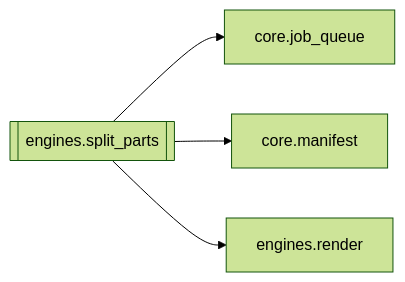
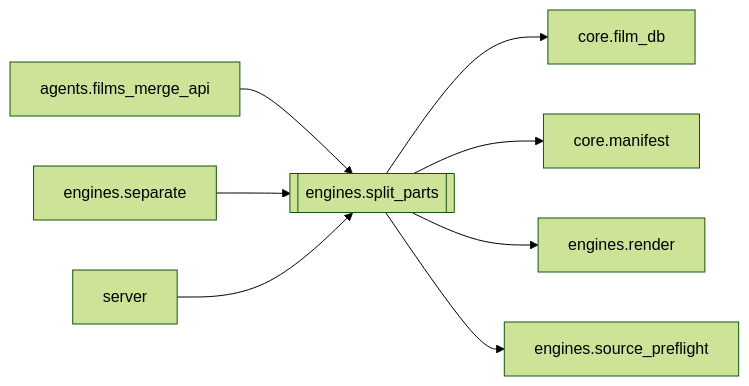
One commit to kjza178/PinelineV5 changed the diagram in docs/brain/modules/engines.split_parts.md. Above: the diagram before and after it, drawn with Mermaid (forest theme). The commit also changed other lines of this file and 227 other files, not shown here.

````diff
--- a/docs/brain/modules/engines.split_parts.md
+++ b/docs/brain/modules/engines.split_parts.md
@@ -17,7 +17,11 @@
 ```mermaid
 flowchart LR
   engines_split_parts[[engines.split_parts]]
-  engines_split_parts --> core_job_queue[core.job_queue]
+  agents_films_merge_api[agents.films_merge_api] --> engines_split_parts
+  engines_separate[engines.separate] --> engines_split_parts
+  server[server] --> engines_split_parts
+  engines_split_parts --> core_film_db[core.film_db]
   engines_split_parts --> core_manifest[core.manifest]
   engines_split_parts --> engines_render[engines.render]
+  engines_split_parts --> engines_source_preflight[engines.source_preflight]
 ```
````
